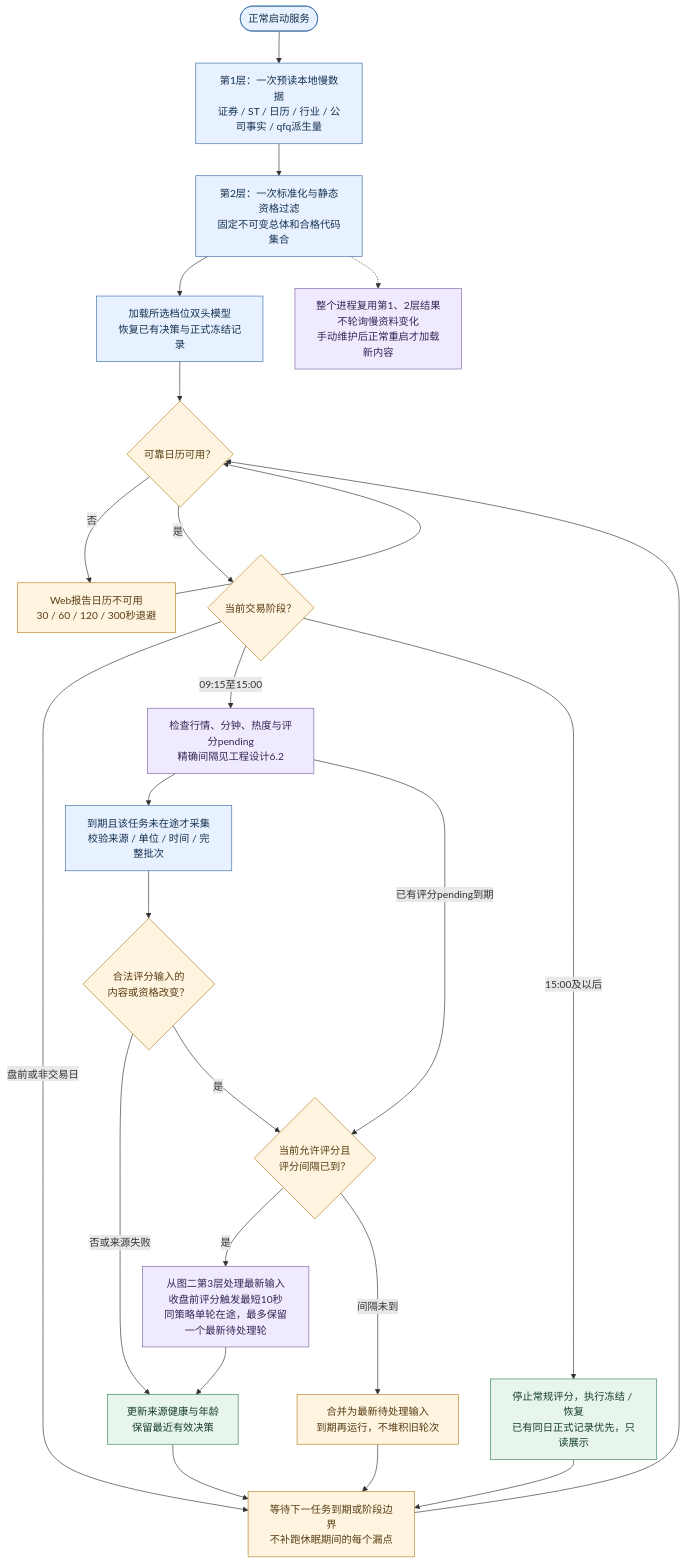
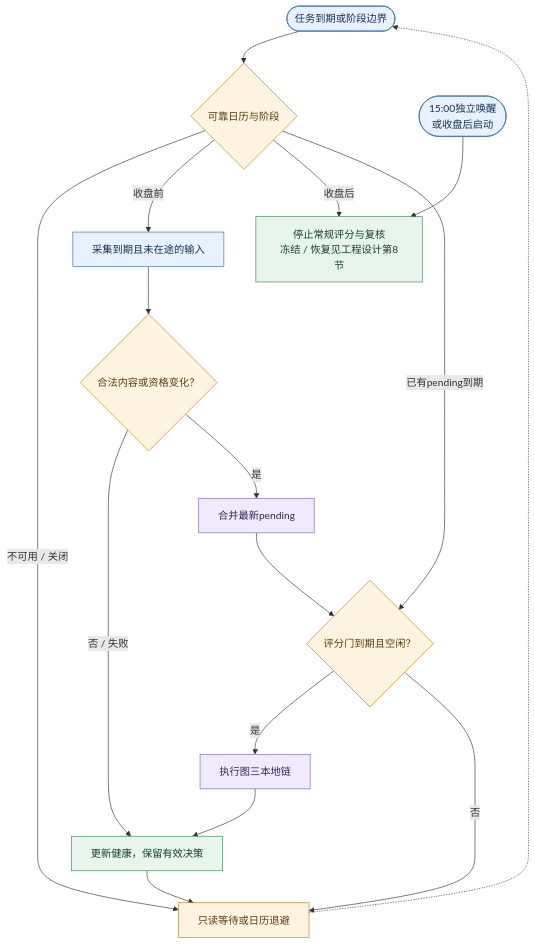
One commit to 373699756/trader changed the second of 5 diagrams in docs/1_评分逻辑.md. Above: the diagram before and after it, drawn with Mermaid. The commit also changed other lines of this file and 7 other files, not shown here.

````diff
--- a/docs/1_评分逻辑.md
+++ b/docs/1_评分逻辑.md
@@ -37,34 +58,26 @@
 ```mermaid
 flowchart TD
-    Start(["正常启动服务"]) --> Load["第1层：一次预读本地慢数据<br/>证券 / ST / 日历 / 行业 / 公司事实 / qfq派生量"]
-    Load --> Static["第2层：一次标准化与静态资格过滤<br/>固定不可变总体和合格代码集合"]
-    Static --> Restore["加载所选档位双头模型<br/>恢复已有决策与正式冻结记录"]
-    Restore --> Clock{"可靠日历可用？"}
-    Clock -->|否| Calendar["Web报告日历不可用<br/>30 / 60 / 120 / 300秒退避"]
-    Calendar --> Clock
-    Clock -->|是| Phase{"当前交易阶段？"}
-    Phase -->|盘前或非交易日| Wait["等待下一任务到期或阶段边界<br/>不补跑休眠期间的每个漏点"]
-    Phase -->|09:15至15:00| Due["检查行情、分钟、热度与评分pending<br/>精确间隔见工程设计6.2"]
-    Due --> Input["到期且该任务未在途才采集<br/>校验来源 / 单位 / 时间 / 完整批次"]
-    Input --> Change{"合法评分输入的<br/>内容或资格改变？"}
-    Change -->|否或来源失败| Keep["更新来源健康与年龄<br/>保留最近有效决策"]
-    Change -->|是| Gate{"当前允许评分且<br/>评分间隔已到？"}
-    Due -->|已有评分pending到期| Gate
-    Gate -->|是| Run["从图二第3层处理最新输入<br/>收盘前评分触发最短10秒<br/>同策略单轮在途，最多保留一个最新待处理轮"]
-    Gate -->|间隔未到| Pending["合并为最新待处理输入<br/>到期再运行，不堆积旧轮次"]
+    Tick(["任务到期或阶段边界"]) --> Phase{"可靠日历与阶段"}
+    Phase -->|不可用 / 关闭| Wait["只读等待或日历退避"]
+    Phase -->|收盘前| Input["采集到期且未在途的输入"]
+    Phase -->|收盘后| Freeze
+    Input --> Changed{"合法内容或资格变化？"}
+    Changed -->|否 / 失败| Keep["更新健康，保留有效决策"]
+    Changed -->|是| Pending["合并最新pending"]
+    Phase -->|已有pending到期| Gate{"评分门到期且空闲？"}
+    Pending --> Gate
+    Gate -->|是| Run["执行图三本地链"]
+    Gate -->|否| Wait
     Run --> Keep
-    Pending --> Wait
     Keep --> Wait
-    Wait --> Clock
-    Phase -->|15:00及以后| Close["停止常规评分，执行冻结 / 恢复<br/>已有同日正式记录优先，只读展示"]
-    Close --> Wait
-    Static -.-> Reuse["整个进程复用第1、2层结果<br/>不轮询慢资料变化<br/>手动维护后正常重启才加载新内容"]
+    Wait -.-> Tick
+    Close(["15:00独立唤醒<br/>或收盘后启动"]) --> Freeze["停止常规评分与复核<br/>冻结 / 恢复见工程设计第8节"]
     classDef input fill:#e8f1ff,stroke:#3b6ea8,color:#16324f;
     classDef work fill:#f0eaff,stroke:#8064a2,color:#342653;
     classDef result fill:#e7f5ec,stroke:#39845a,color:#173f2a;
     classDef gate fill:#fff4df,stroke:#b78126,color:#563c13;
-    class Start,Load,Static,Restore,Input input;
-    class Due,Run,Reuse work;
-    class Keep,Close result;
-    class Clock,Phase,Change,Gate,Calendar,Pending,Wait gate;
+    class Tick,Input,Close input;
+    class Pending,Run work;
+    class Keep,Freeze result;
+    class Phase,Changed,Gate,Wait gate;
 ```
````
